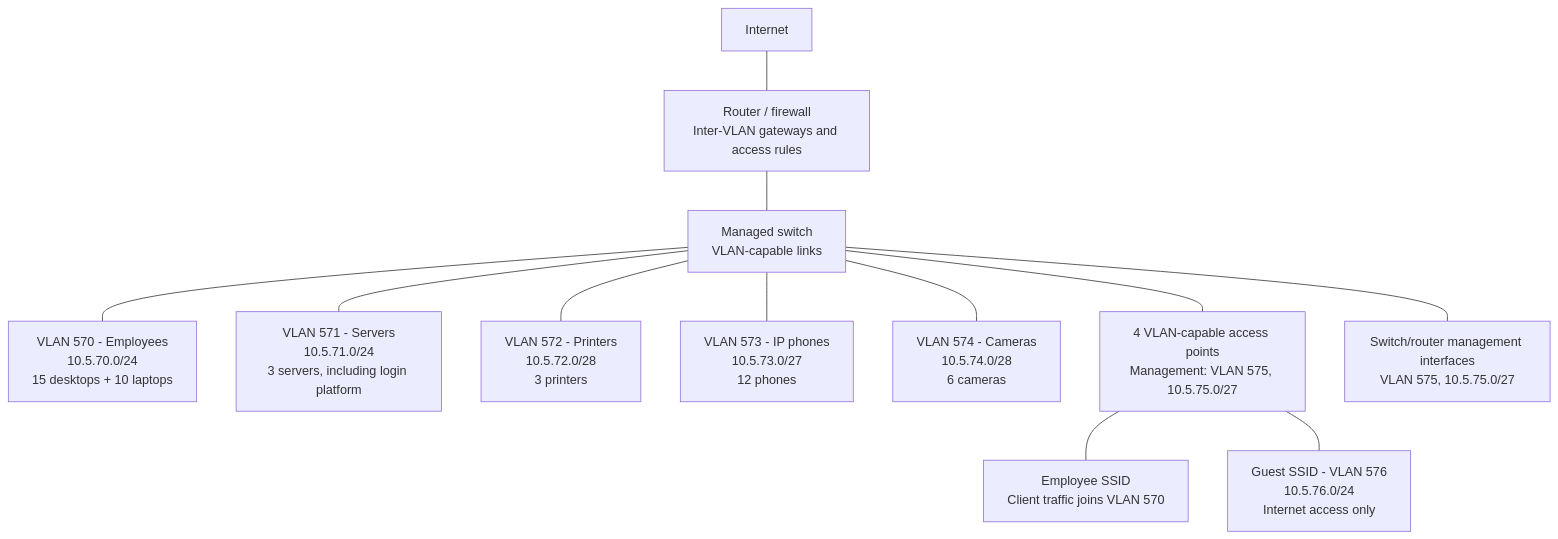
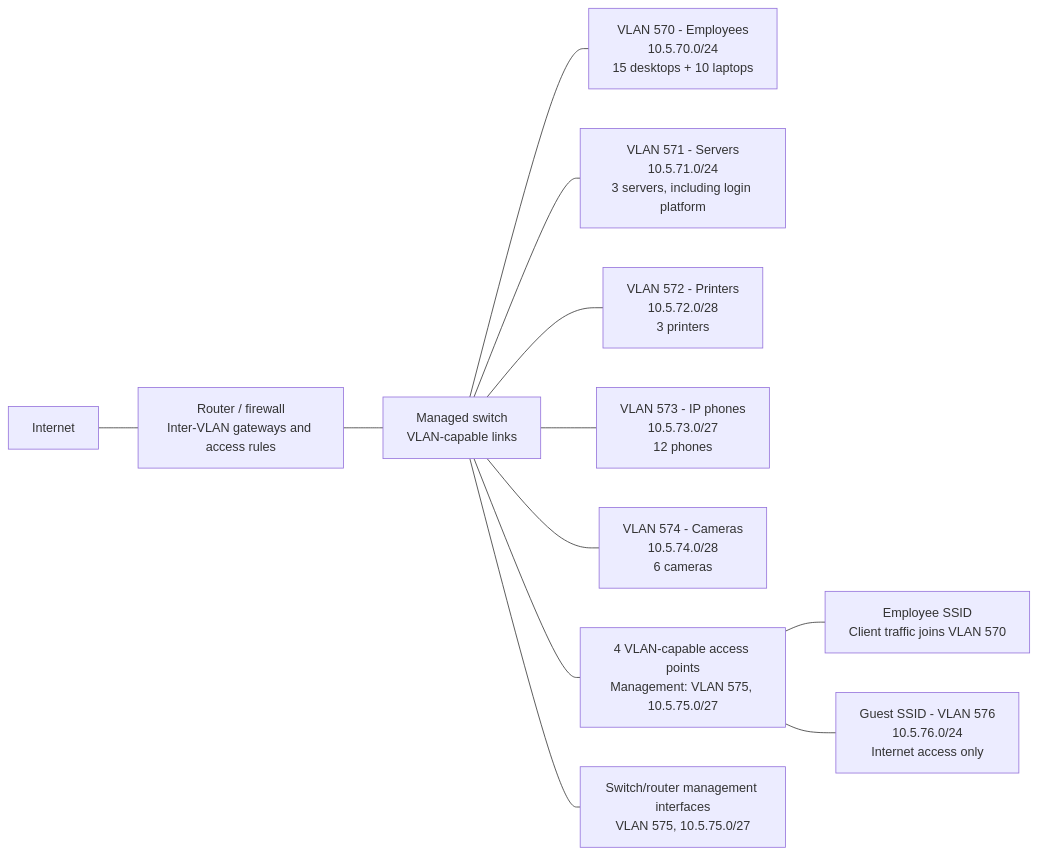
One commit to zsaamu/cds-compulsory-assignment changed the first of 2 diagrams in README.md. Above: the diagram before and after it, drawn with Mermaid.

Commit message:
Improve company diagram readability in GitHub report

````diff
--- a/README.md
+++ b/README.md
@@ -223,14 +223,14 @@
 ```mermaid
-flowchart TB
+flowchart LR
     internet["Internet"] --- fw["Router / firewall<br/>Inter-VLAN gateways and access rules"]
     fw --- sw["Managed switch<br/>VLAN-capable links"]
     sw --- staff["VLAN 570 - Employees<br/>10.5.70.0/24<br/>15 desktops + 10 laptops"]
     sw --- servers["VLAN 571 - Servers<br/>10.5.71.0/24<br/>3 servers, including login platform"]
     sw --- printers["VLAN 572 - Printers<br/>10.5.72.0/28<br/>3 printers"]
     sw --- phones["VLAN 573 - IP phones<br/>10.5.73.0/27<br/>12 phones"]
     sw --- cameras["VLAN 574 - Cameras<br/>10.5.74.0/28<br/>6 cameras"]
     sw --- aps["4 VLAN-capable access points<br/>Management: VLAN 575, 10.5.75.0/27"]
     sw --- management["Switch/router management interfaces<br/>VLAN 575, 10.5.75.0/27"]
     aps --- wifiStaff["Employee SSID<br/>Client traffic joins VLAN 570"]
     aps --- guests["Guest SSID - VLAN 576<br/>10.5.76.0/24<br/>Internet access only"]
 ```
````
